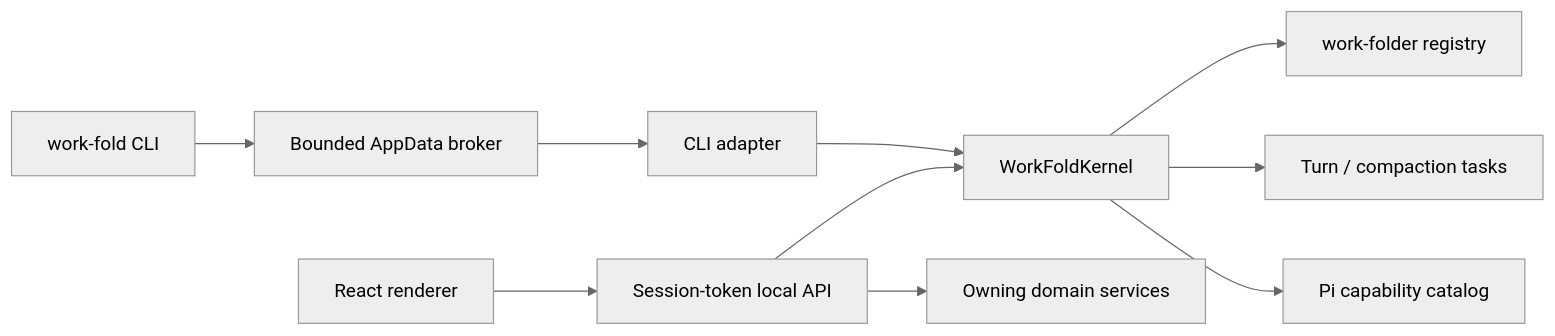
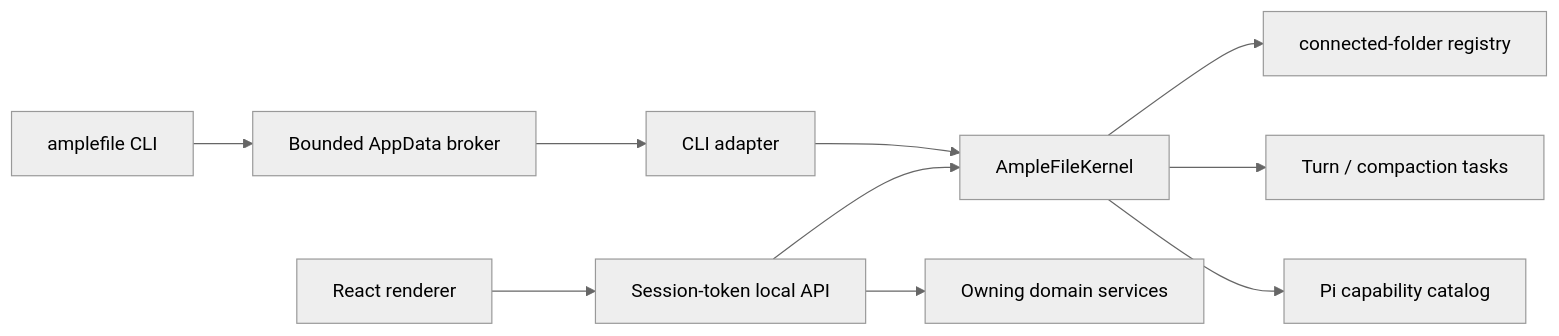
One commit to Mat-Tom-Son/amplefile changed the first of 2 diagrams in docs/architecture.md. Above: the diagram before and after it, drawn with Mermaid (neutral theme). The commit also changed other lines of this file and 1047 other files, not shown here.

First line of the commit message:
Rename work-fold to AmpleFile and work-folder to Connected Folder

````diff
--- a/docs/architecture.md
+++ b/docs/architecture.md
@@ -17,12 +17,12 @@
 ```mermaid
 flowchart LR
   renderer["React renderer"] --> api["Session-token local API"]
-  cli["work-fold CLI"] --> broker["Bounded AppData broker"]
+  cli["amplefile CLI"] --> broker["Bounded AppData broker"]
   broker --> adapter["CLI adapter"]
-  api --> kernel["WorkFoldKernel"]
+  api --> kernel["AmpleFileKernel"]
   adapter --> kernel
-  kernel --> work-folders["work-folder registry"]
+  kernel --> connected-folders["connected-folder registry"]
   kernel --> tasks["Turn / compaction tasks"]
   kernel --> pi["Pi capability catalog"]
   api --> mutations["Owning domain services"]
 ```
````
